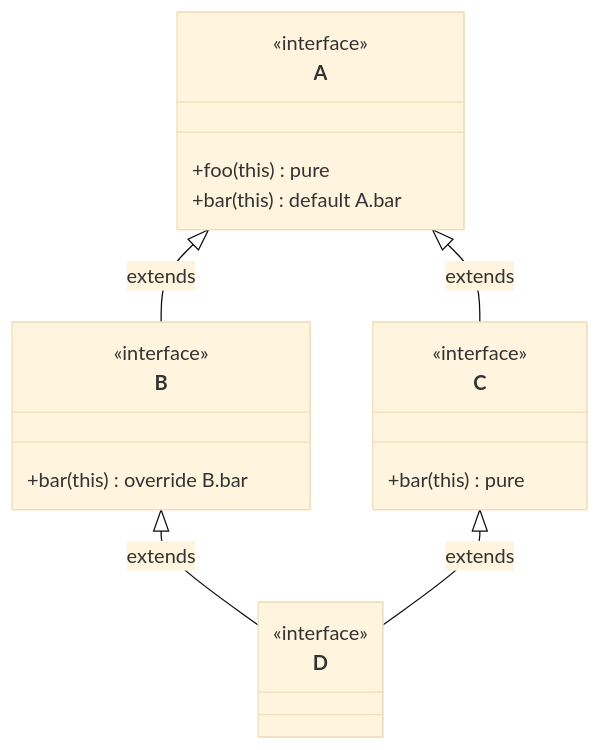
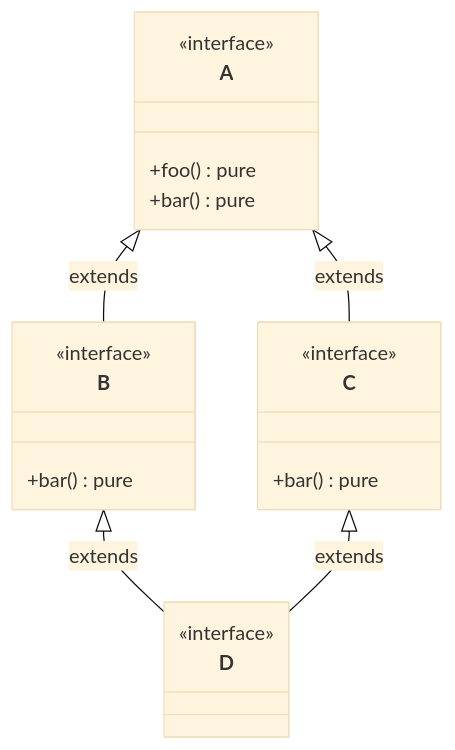
The first of 2 diagrams in docs/spec/chapters/09-interfaces.md (Zzzode/ZOM), drawn with Mermaid (base theme) before and after one commit. The commit also changed other lines of this file and 126 other files, not shown here.

````diff
--- a/docs/spec/chapters/09-interfaces.md
+++ b/docs/spec/chapters/09-interfaces.md
@@ -330,24 +273,24 @@
 ```mermaid
 classDiagram
     direction TB
     class A {
         <<interface>>
-        +foo(this) pure
-        +bar(this) default A.bar
+        +foo() pure
+        +bar() pure
     }
     class B {
         <<interface>>
-        +bar(this) override B.bar
+        +bar() pure
     }
     class C {
         <<interface>>
-        +bar(this) pure
+        +bar() pure
     }
     class D {
         <<interface>>
     }
     A <|-- B : extends
     A <|-- C : extends
     B <|-- D : extends
     C <|-- D : extends
 ```
````
